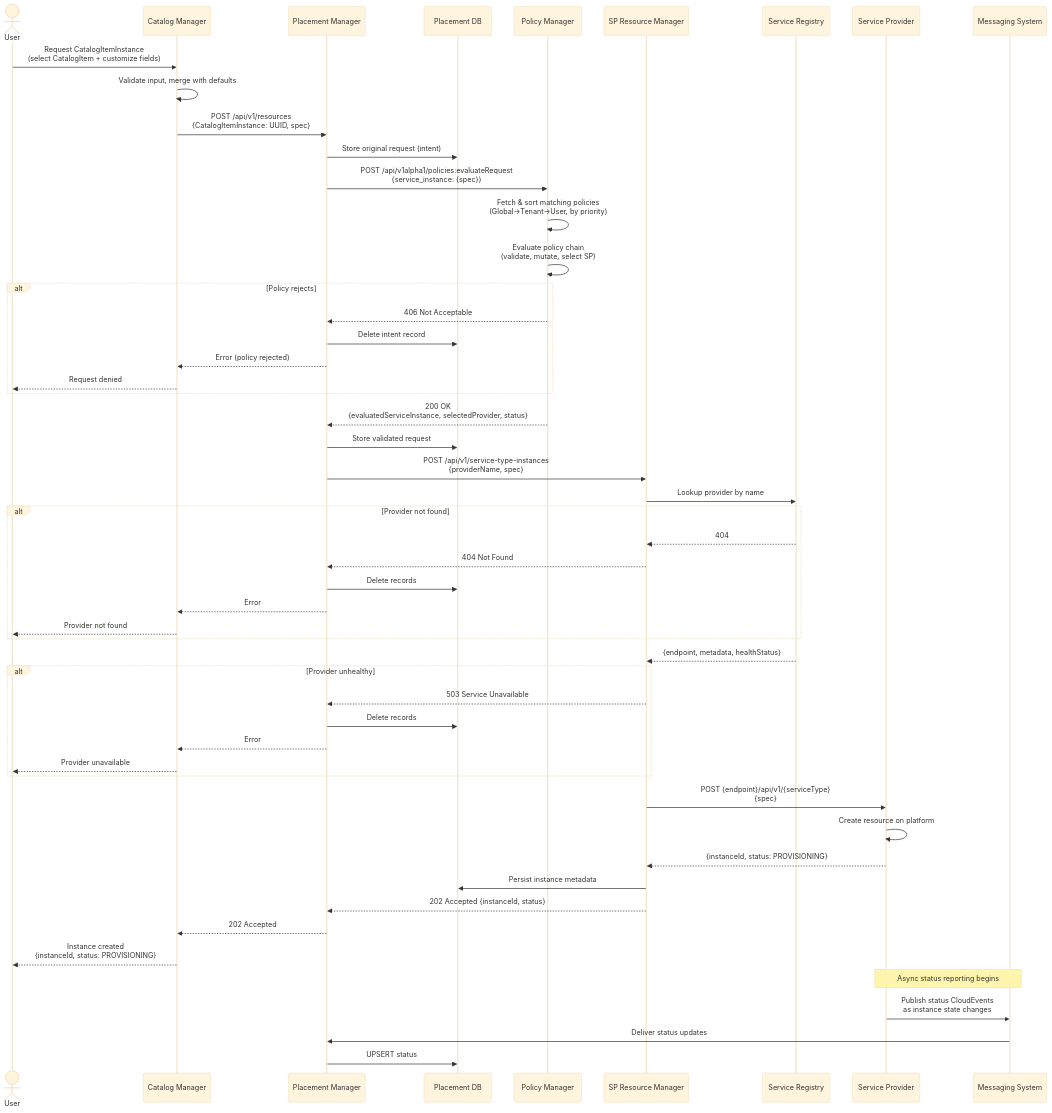
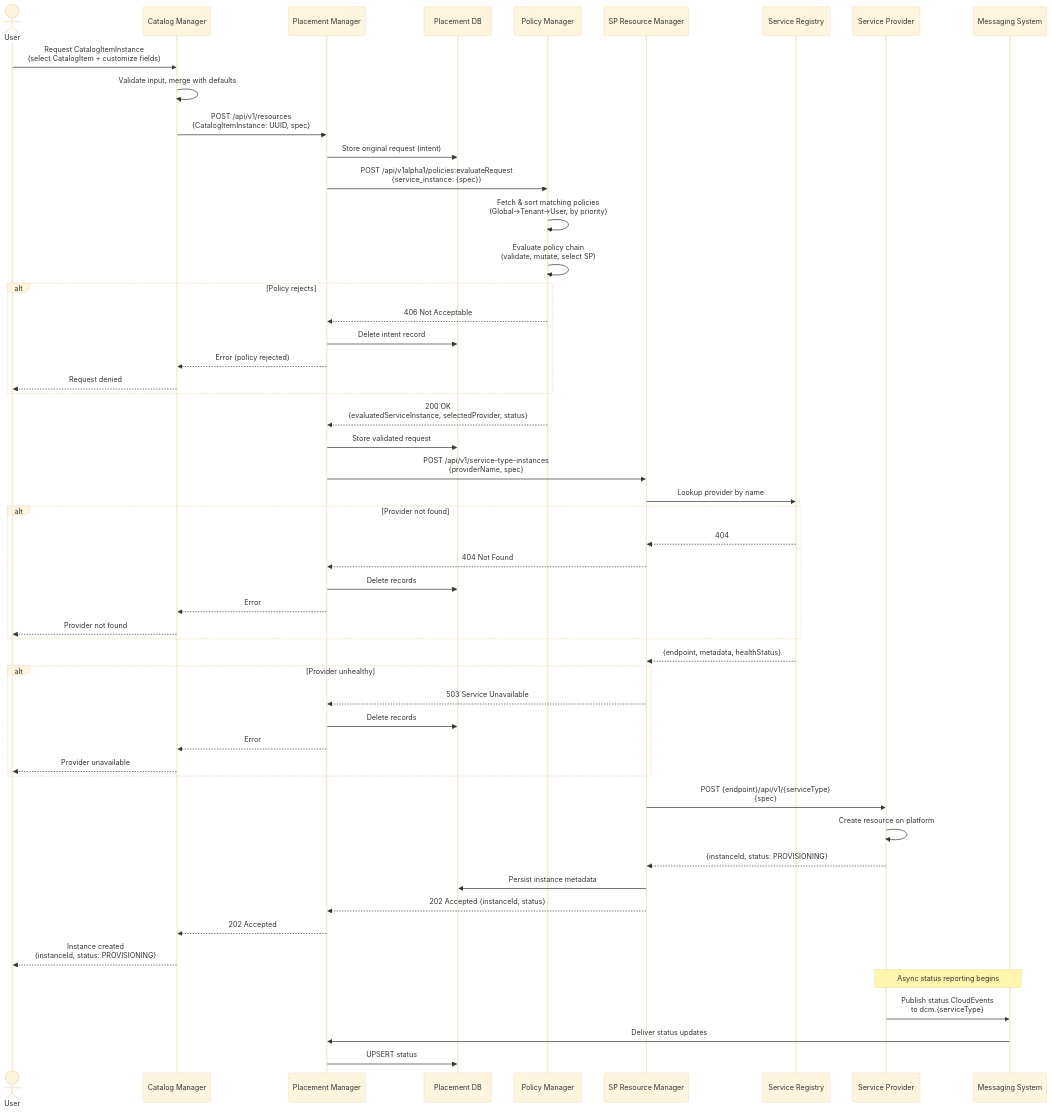
One commit to dcm-project/enhancements changed diagram 11 of 19 in enhancements/user-flows/user-flows.md. Above: the diagram before and after it, drawn with Mermaid (base theme). The commit also changed other lines of this file and 5 other files, not shown here.

````diff
--- a/enhancements/user-flows/user-flows.md
+++ b/enhancements/user-flows/user-flows.md
@@ -569,69 +608,69 @@
 ```mermaid
 sequenceDiagram
     actor User
     participant CM as Catalog Manager
     participant PM as Placement Manager
     participant DB as Placement DB
     participant PE as Policy Manager
     participant SPRM as SP Resource Manager
     participant SR as Service Registry
     participant SP as Service Provider
     participant MSG as Messaging System
 
     User->>CM: Request CatalogItemInstance<br/>(select CatalogItem + customize fields)
     CM->>CM: Validate input, merge with defaults
     CM->>PM: POST /api/v1/resources<br/>{CatalogItemInstance: UUID, spec}
 
     %% Intent preservation
     PM->>DB: Store original request (intent)
 
     %% Policy evaluation
     PM->>PE: POST /api/v1alpha1/policies:evaluateRequest<br/>{service_instance: {spec}}
     PE->>PE: Fetch & sort matching policies<br/>(Global→Tenant→User, by priority)
     PE->>PE: Evaluate policy chain<br/>(validate, mutate, select SP)
 
     alt Policy rejects
         PE-->>PM: 406 Not Acceptable
         PM->>DB: Delete intent record
         PM-->>CM: Error (policy rejected)
         CM-->>User: Request denied
     end
 
     PE-->>PM: 200 OK<br/>{evaluatedServiceInstance, selectedProvider, status}
     PM->>DB: Store validated request
 
     %% SP Resource Manager
     PM->>SPRM: POST /api/v1/service-type-instances<br/>{providerName, spec}
 
     SPRM->>SR: Lookup provider by name
     alt Provider not found
         SR-->>SPRM: 404
         SPRM-->>PM: 404 Not Found
         PM->>DB: Delete records
         PM-->>CM: Error
         CM-->>User: Provider not found
     end
     SR-->>SPRM: {endpoint, metadata, healthStatus}
 
     alt Provider unhealthy
         SPRM-->>PM: 503 Service Unavailable
         PM->>DB: Delete records
         PM-->>CM: Error
         CM-->>User: Provider unavailable
     end
 
     %% Instance creation
     SPRM->>SP: POST {endpoint}/api/v1/{serviceType}<br/>{spec}
     SP->>SP: Create resource on platform
     SP-->>SPRM: {instanceId, status: PROVISIONING}
     SPRM->>DB: Persist instance metadata
     SPRM-->>PM: 202 Accepted {instanceId, status}
     PM-->>CM: 202 Accepted
     CM-->>User: Instance created<br/>{instanceId, status: PROVISIONING}
 
     %% Continuous status reporting
     Note over SP,MSG: Async status reporting begins
-    SP->>MSG: Publish status CloudEvents<br/>as instance state changes
+    SP->>MSG: Publish status CloudEvents<br/>to dcm.{serviceType}
     MSG->>PM: Deliver status updates
     PM->>DB: UPSERT status
 ```
````
